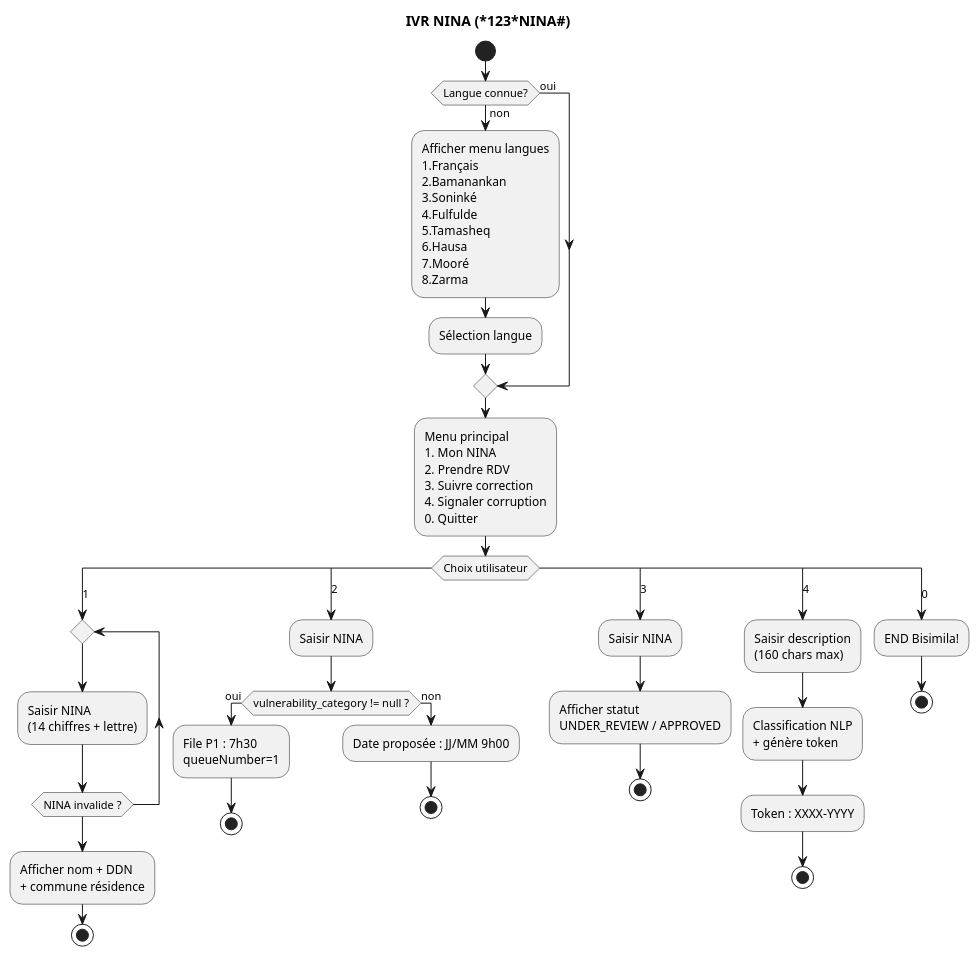
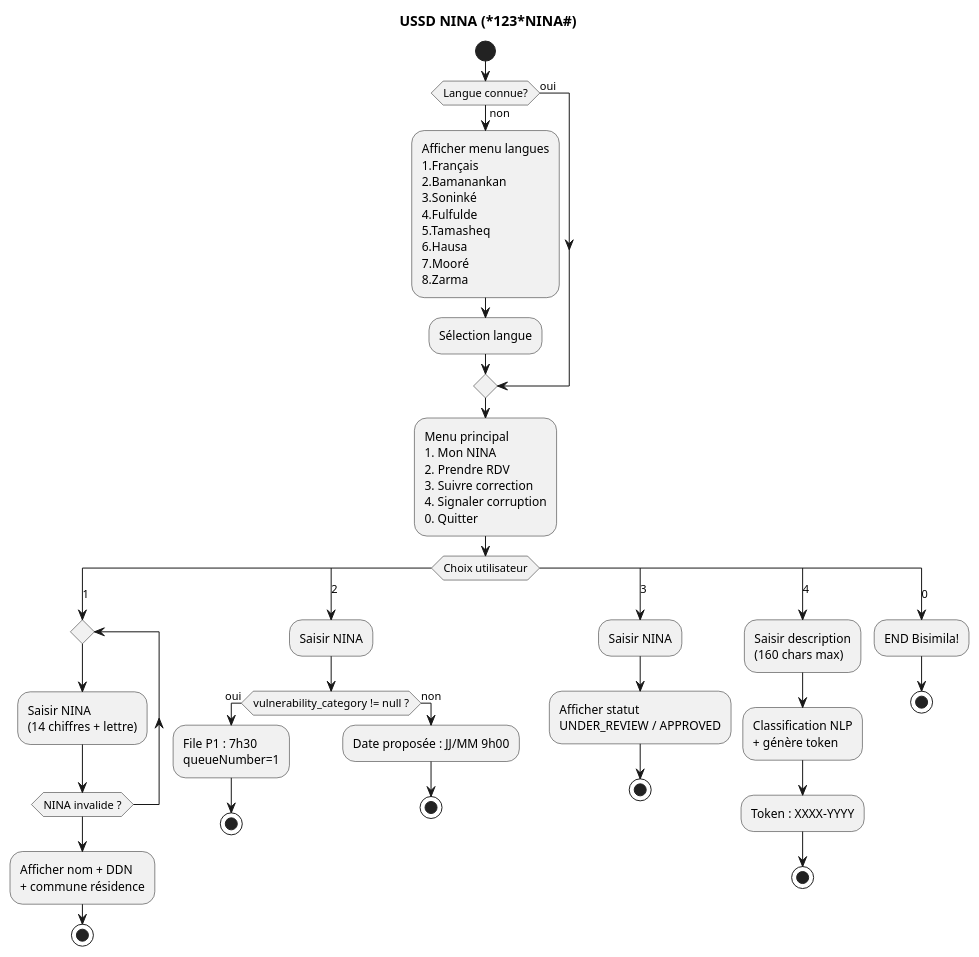
One commit to TheManInPink/Session-Ete-2026 changed the third of 3 diagrams in docs/14-USSD-SERVICE-AFRICAS-TALKING.md. Above: the diagram before and after it, drawn with PlantUML. The commit also changed other lines of this file and 8 other files, not shown here.

````diff
--- a/docs/14-USSD-SERVICE-AFRICAS-TALKING.md
+++ b/docs/14-USSD-SERVICE-AFRICAS-TALKING.md
@@ -166,46 +183,46 @@
 ```PlantUML
 @startuml
-title IVR NINA (*123*NINA#)
+title USSD NINA (*123*NINA#)
 
 start
 
 if (Langue connue?) then (non)
   :Afficher menu langues\n1.Français\n2.Bamanankan\n3.Soninké\n4.Fulfulde\n5.Tamasheq\n6.Hausa\n7.Mooré\n8.Zarma;
   :Sélection langue;
 else (oui)
 endif
 
 :Menu principal\n1. Mon NINA\n2. Prendre RDV\n3. Suivre correction\n4. Signaler corruption\n0. Quitter;
 
 switch (Choix utilisateur)
 case (1)
   repeat
     :Saisir NINA\n(14 chiffres + lettre);
   repeat while (NINA invalide ?)
   :Afficher nom + DDN\n+ commune résidence;
   stop
 case (2)
   :Saisir NINA;
   if (vulnerability_category != null ?) then (oui)
     :File P1 : 7h30\nqueueNumber=1;
     stop
   else (non)
     :Date proposée : JJ/MM 9h00;
     stop
   endif
 case (3)
   :Saisir NINA;
   :Afficher statut\nUNDER_REVIEW / APPROVED;
   stop
 case (4)
   :Saisir description\n(160 chars max);
   :Classification NLP\n+ génère token;
   :Token : XXXX-YYYY;
   stop
 case (0)
   :END Bisimila!;
   stop
 endswitch
 
 @enduml
 ```
````
